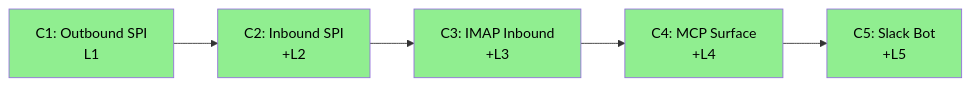
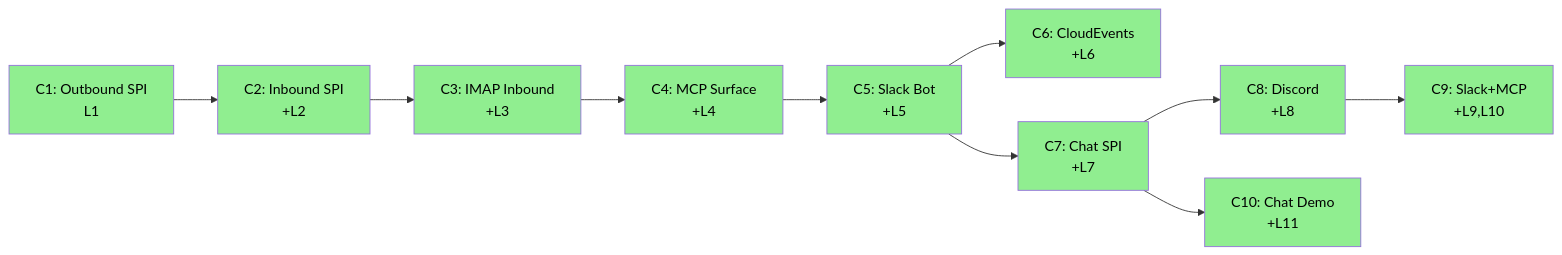
One commit to casehubio/casehub-connectors changed the eighth of 8 diagrams in ARC42STORIES.MD. Above: the diagram before and after it, drawn with Mermaid. The commit also changed other lines of this file and 1 other file, not shown here.

First line of the commit message:
docs: sync ARC42STORIES.MD with chat platform work — Closes #53

````diff
--- a/ARC42STORIES.MD
+++ b/ARC42STORIES.MD
@@ -361,12 +455,22 @@
 ```mermaid
 flowchart LR
   C1["C1: Outbound SPI\nL1"] --> C2["C2: Inbound SPI\n+L2"]
   C2 --> C3["C3: IMAP Inbound\n+L3"]
   C3 --> C4["C4: MCP Surface\n+L4"]
   C4 --> C5["C5: Slack Bot\n+L5"]
+  C5 --> C6["C6: CloudEvents\n+L6"]
+  C5 --> C7["C7: Chat SPI\n+L7"]
+  C7 --> C8["C8: Discord\n+L8"]
+  C7 --> C10["C10: Chat Demo\n+L11"]
+  C8 --> C9["C9: Slack+MCP\n+L9,L10"]
   style C1 fill:#90EE90,color:#000
   style C2 fill:#90EE90,color:#000
   style C3 fill:#90EE90,color:#000
   style C4 fill:#90EE90,color:#000
   style C5 fill:#90EE90,color:#000
+  style C6 fill:#90EE90,color:#000
+  style C7 fill:#90EE90,color:#000
+  style C8 fill:#90EE90,color:#000
+  style C9 fill:#90EE90,color:#000
+  style C10 fill:#90EE90,color:#000
 ```
````
